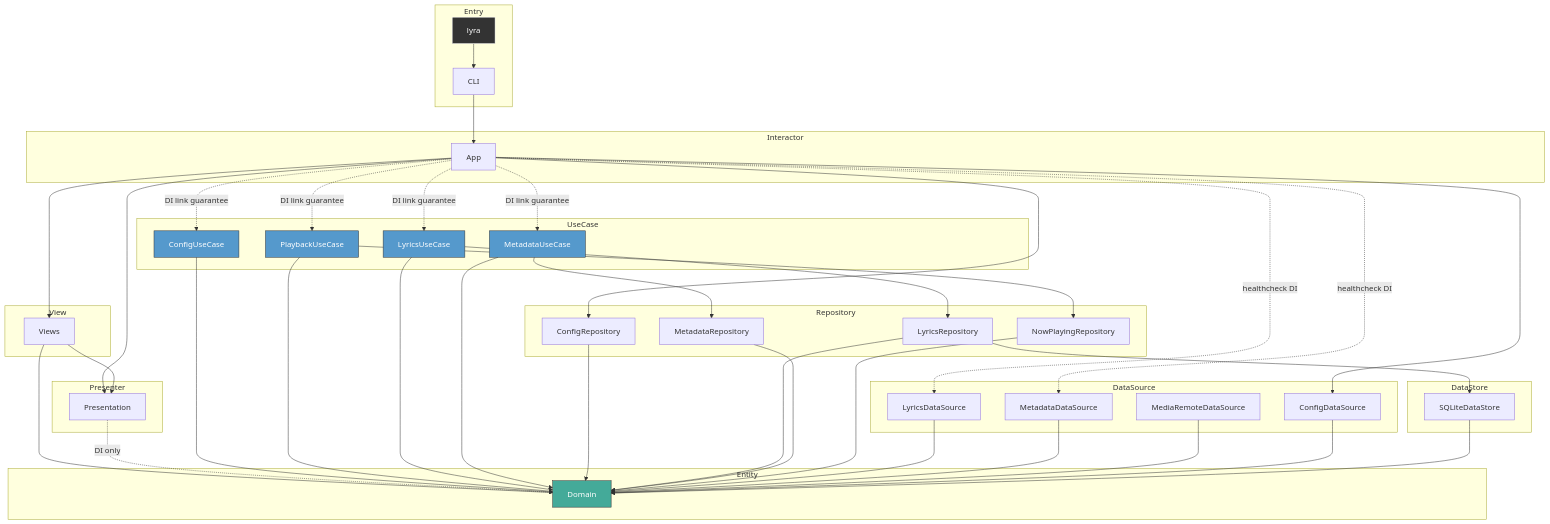
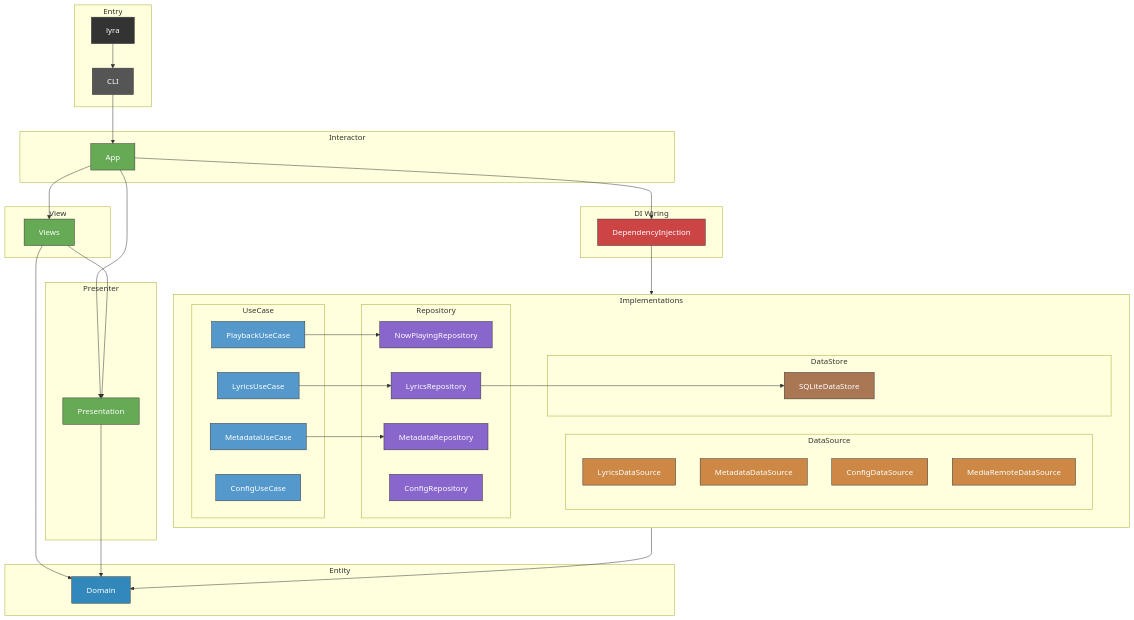
The diagram in CLAUDE.md (GeneralD/lyra), drawn with Mermaid before and after one commit. The commit also changed other lines of this file and 22 other files, not shown here.

First line of the commit message:
refactor: extract DependencyInjection module from App (#99)

````diff
--- a/CLAUDE.md
+++ b/CLAUDE.md
@@ -34,6 +34,10 @@
         App[App]
     end
 
+    subgraph DI Wiring
+        DependencyInjection[DependencyInjection]
+    end
+
     subgraph Presenter
         Presentation[Presentation]
     end
@@ -42,56 +46,63 @@
         Domain[Domain]
     end
 
-    subgraph UseCase
-        ConfigUseCase[ConfigUseCase]
-        PlaybackUseCase[PlaybackUseCase]
-        LyricsUseCase[LyricsUseCase]
-        MetadataUseCase[MetadataUseCase]
-    end
+    subgraph Implementations
+        subgraph UseCase
+            ConfigUseCase[ConfigUseCase]
+            PlaybackUseCase[PlaybackUseCase]
+            LyricsUseCase[LyricsUseCase]
+            MetadataUseCase[MetadataUseCase]
+        end
 
-    subgraph Repository
-        ConfigRepository[ConfigRepository]
-        LyricsRepository[LyricsRepository]
-        MetadataRepository[MetadataRepository]
-        NowPlayingRepository[NowPlayingRepository]
-    end
+        subgraph Repository
+            ConfigRepository[ConfigRepository]
+            LyricsRepository[LyricsRepository]
+            MetadataRepository[MetadataRepository]
+            NowPlayingRepository[NowPlayingRepository]
+        end
 
-    subgraph DataSource
-        LyricsDataSource[LyricsDataSource]
-        MetadataDataSource[MetadataDataSource]
-        ConfigDataSource[ConfigDataSource]
-        MediaRemoteDataSource[MediaRemoteDataSource]
-    end
+        subgraph DataSource
+            LyricsDataSource[LyricsDataSource]
+            MetadataDataSource[MetadataDataSource]
+            ConfigDataSource[ConfigDataSource]
+            MediaRemoteDataSource[MediaRemoteDataSource]
+        end
 
-    subgraph DataStore
-        SQLiteDataStore[SQLiteDataStore]
+        subgraph DataStore
+            SQLiteDataStore[SQLiteDataStore]
+        end
     end
 
     lyra --> CLI
     CLI --> App
-    App --> Views & Presentation & ConfigDataSource & ConfigRepository
-    App -.->|DI link guarantee| ConfigUseCase & PlaybackUseCase & LyricsUseCase & MetadataUseCase
-    App -.->|healthcheck DI| LyricsDataSource & MetadataDataSource
+    App --> Views & Presentation & DependencyInjection
+    DependencyInjection --> Implementations
     Views --> Presentation & Domain
-    Presentation -.->|DI only| Domain
-    ConfigUseCase --> Domain
-    PlaybackUseCase --> NowPlayingRepository & Domain
-    LyricsUseCase --> LyricsRepository & Domain
-    MetadataUseCase --> MetadataRepository & Domain
-    ConfigRepository --> Domain
-    LyricsRepository --> SQLiteDataStore & Domain
-    MetadataRepository --> Domain
-    NowPlayingRepository --> Domain
-    LyricsDataSource --> Domain
-    MetadataDataSource --> Domain
-    MediaRemoteDataSource --> Domain
-    ConfigDataSource --> Domain
-    SQLiteDataStore --> Domain
+    Presentation --> Domain
+    Implementations --> Domain
+    PlaybackUseCase --> NowPlayingRepository
+    LyricsUseCase --> LyricsRepository
+    MetadataUseCase --> MetadataRepository
+    LyricsRepository --> SQLiteDataStore
 
-    style Domain fill:#4a9,stroke:#333,color:#fff
+    style lyra fill:#333,stroke:#333,color:#fff
+    style CLI fill:#555,stroke:#333,color:#fff
+    style App fill:#6a5,stroke:#333,color:#fff
+    style Views fill:#6a5,stroke:#333,color:#fff
+    style Presentation fill:#6a5,stroke:#333,color:#fff
+    style DependencyInjection fill:#c44,stroke:#333,color:#fff
+    style Domain fill:#38b,stroke:#333,color:#fff
     style ConfigUseCase fill:#59c,stroke:#333,color:#fff
     style PlaybackUseCase fill:#59c,stroke:#333,color:#fff
     style LyricsUseCase fill:#59c,stroke:#333,color:#fff
     style MetadataUseCase fill:#59c,stroke:#333,color:#fff
-    style lyra fill:#333,stroke:#fff,color:#fff
+    style ConfigRepository fill:#86c,stroke:#333,color:#fff
+    style LyricsRepository fill:#86c,stroke:#333,color:#fff
+    style MetadataRepository fill:#86c,stroke:#333,color:#fff
+    style NowPlayingRepository fill:#86c,stroke:#333,color:#fff
+    style LyricsDataSource fill:#c84,stroke:#333,color:#fff
+    style MetadataDataSource fill:#c84,stroke:#333,color:#fff
+    style ConfigDataSource fill:#c84,stroke:#333,color:#fff
+    style MediaRemoteDataSource fill:#c84,stroke:#333,color:#fff
+    style SQLiteDataStore fill:#a75,stroke:#333,color:#fff
 ```
````
